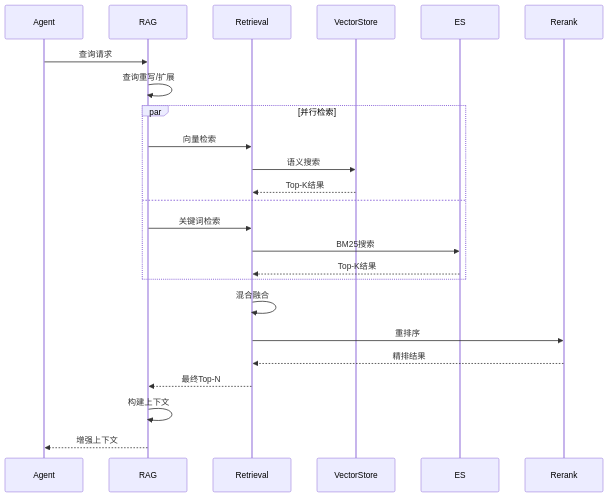
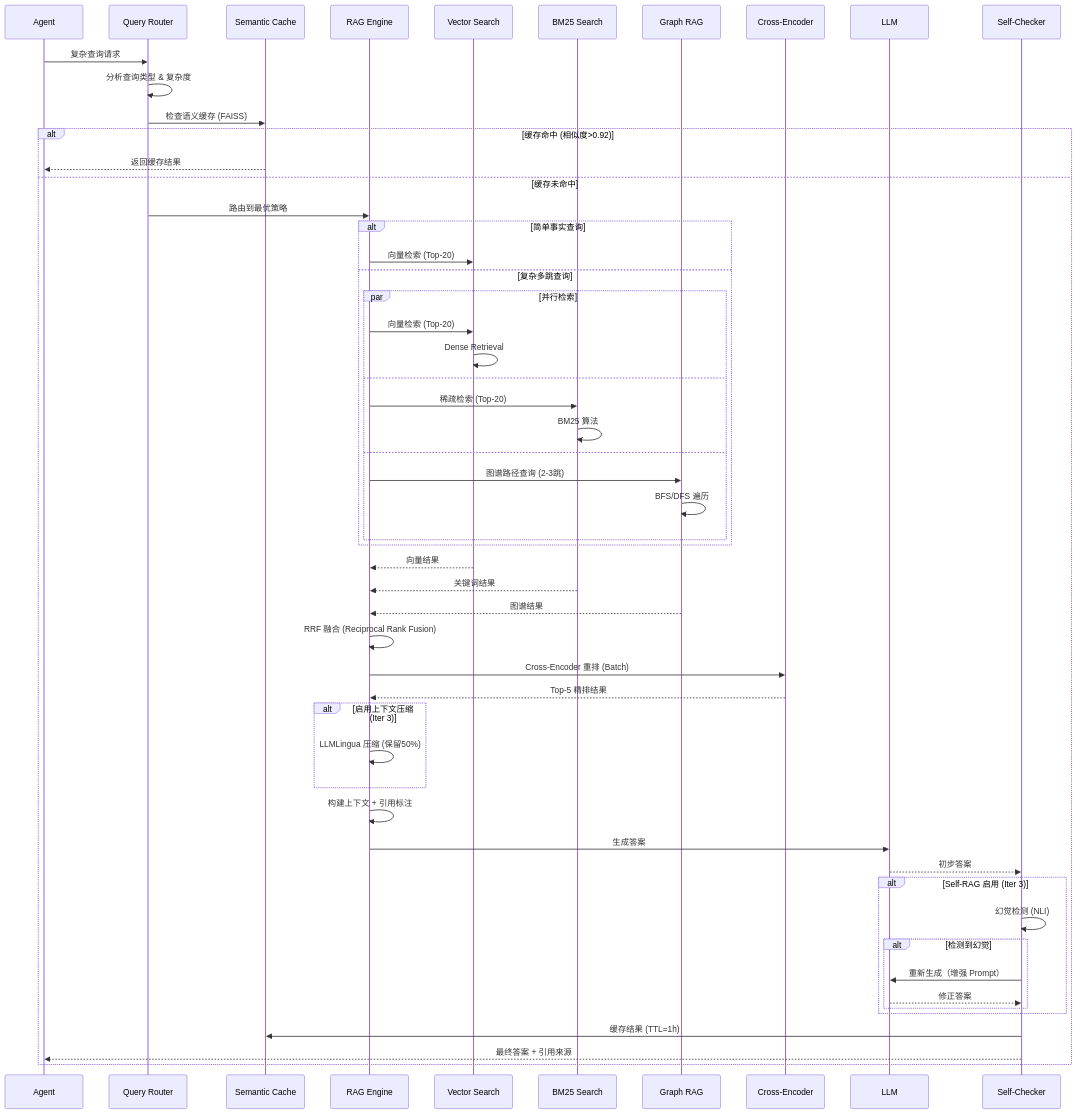
Before and after one commit to haoyunlt/VoiceAssistant: the fourth of 5 diagrams in docs/arch/overview.md, drawn with Mermaid. The commit also changed other lines of this file and 162 other files, not shown here.

````diff
--- a/docs/arch/overview.md
+++ b/docs/arch/overview.md
@@ -213,30 +213,65 @@
 ```mermaid
 sequenceDiagram
     participant Agent
-    participant RAG
-    participant Retrieval
-    participant VectorStore
-    participant ES
-    participant Rerank
+    participant Router as Query Router
+    participant Cache as Semantic Cache
+    participant RAG as RAG Engine
+    participant Vector as Vector Search
+    participant BM25 as BM25 Search
+    participant Graph as Graph RAG
+    participant Rerank as Cross-Encoder
+    participant LLM
+    participant SelfCheck as Self-Checker
 
-    Agent->>RAG: 查询请求
-    RAG->>RAG: 查询重写/扩展
+    Agent->>Router: 复杂查询请求
+    Router->>Router: 分析查询类型 & 复杂度
+    Router->>Cache: 检查语义缓存 (FAISS)
 
-    par 并行检索
-        RAG->>Retrieval: 向量检索
-        Retrieval->>VectorStore: 语义搜索
-        VectorStore-->>Retrieval: Top-K结果
-    and
-        RAG->>Retrieval: 关键词检索
-        Retrieval->>ES: BM25搜索
-        ES-->>Retrieval: Top-K结果
+    alt 缓存命中 (相似度>0.92)
+        Cache-->>Agent: 返回缓存结果
+    else 缓存未命中
+        Router->>RAG: 路由到最优策略
+
+        alt 简单事实查询
+            RAG->>Vector: 向量检索 (Top-20)
+        else 复杂多跳查询
+            par 并行检索
+                RAG->>Vector: 向量检索 (Top-20)
+                Vector->>Vector: Dense Retrieval
+            and
+                RAG->>BM25: 稀疏检索 (Top-20)
+                BM25->>BM25: BM25 算法
+            and
+                RAG->>Graph: 图谱路径查询 (2-3跳)
+                Graph->>Graph: BFS/DFS 遍历
+            end
+        end
+
+        Vector-->>RAG: 向量结果
+        BM25-->>RAG: 关键词结果
+        Graph-->>RAG: 图谱结果
+
+        RAG->>RAG: RRF 融合 (Reciprocal Rank Fusion)
+        RAG->>Rerank: Cross-Encoder 重排 (Batch)
+        Rerank-->>RAG: Top-5 精排结果
+
+        alt 启用上下文压缩 (Iter 3)
+            RAG->>RAG: LLMLingua 压缩 (保留50%)
+        end
+
+        RAG->>RAG: 构建上下文 + 引用标注
+        RAG->>LLM: 生成答案
+        LLM-->>SelfCheck: 初步答案
+
+        alt Self-RAG 启用 (Iter 3)
+            SelfCheck->>SelfCheck: 幻觉检测 (NLI)
+            alt 检测到幻觉
+                SelfCheck->>LLM: 重新生成（增强 Prompt）
+                LLM-->>SelfCheck: 修正答案
+            end
+        end
+
+        SelfCheck->>Cache: 缓存结果 (TTL=1h)
+        SelfCheck-->>Agent: 最终答案 + 引用来源
     end
-
-    Retrieval->>Retrieval: 混合融合
-    Retrieval->>Rerank: 重排序
-    Rerank-->>Retrieval: 精排结果
-
-    Retrieval-->>RAG: 最终Top-N
-    RAG->>RAG: 构建上下文
-    RAG-->>Agent: 增强上下文
 ```
````
